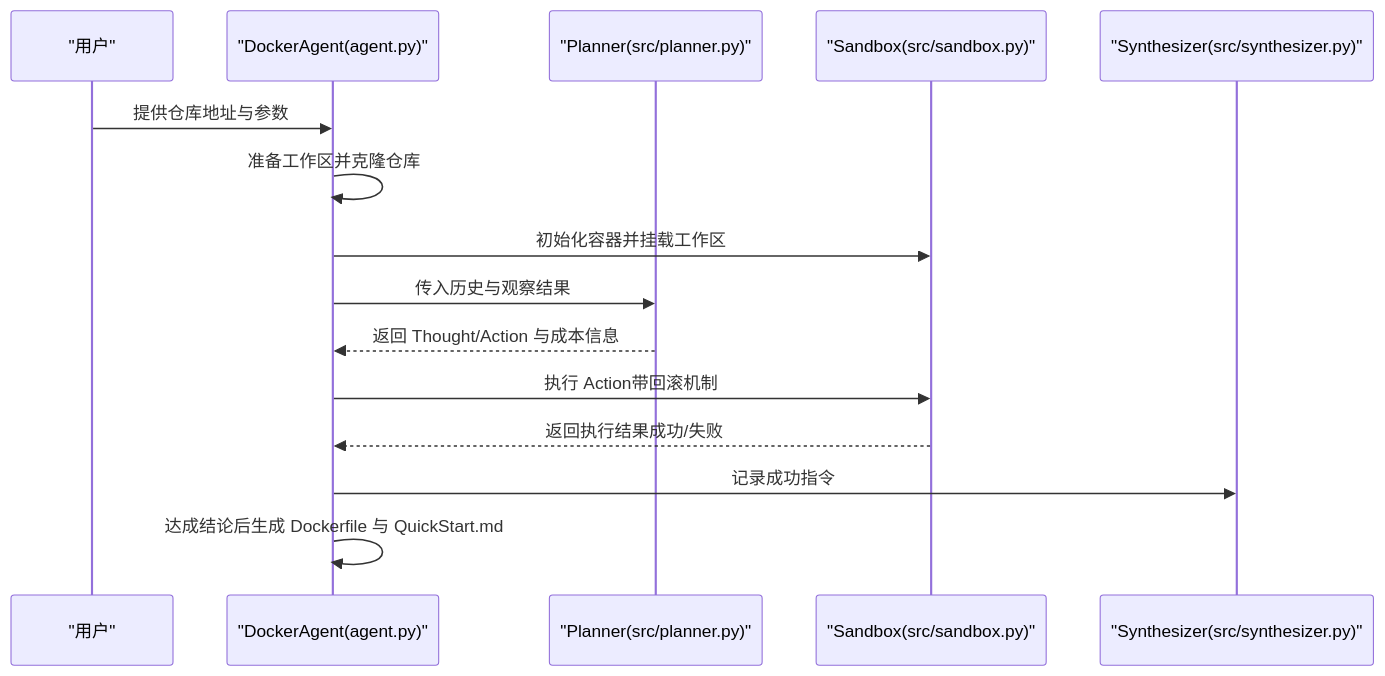
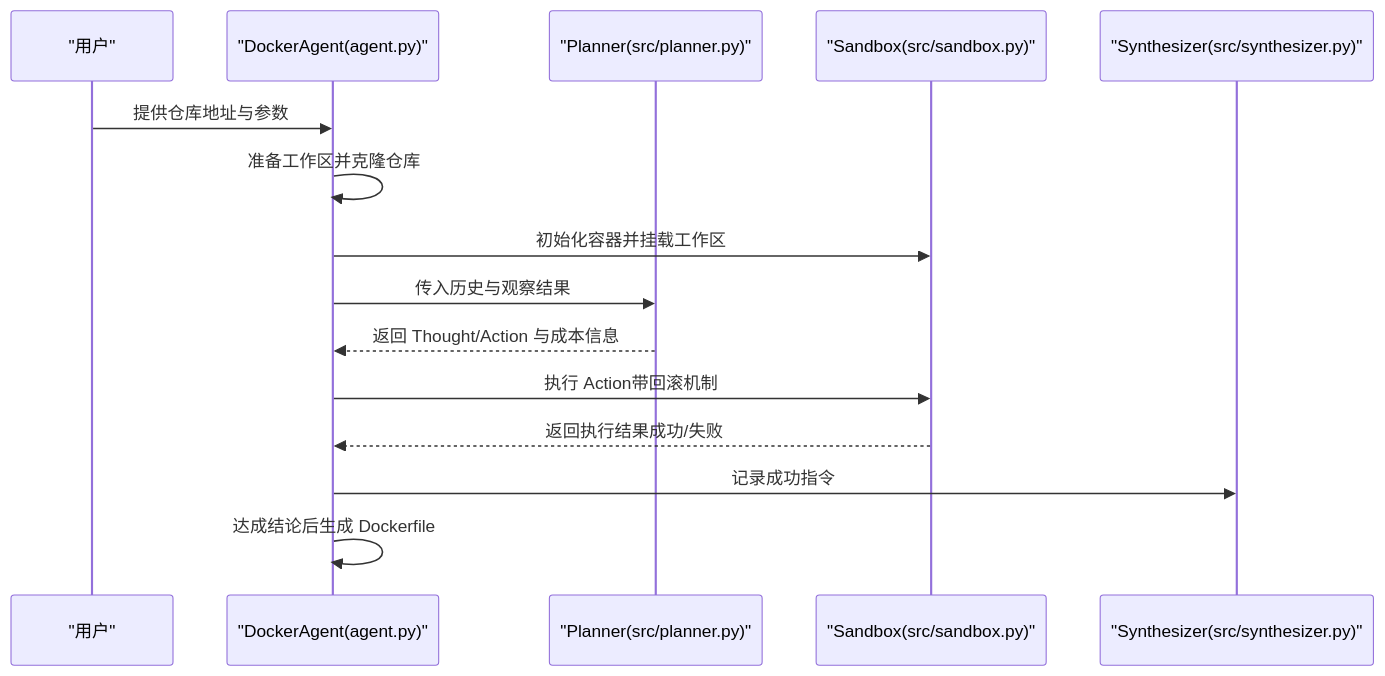
One commit to Jayint/Jayint-repo changed the second of 7 diagrams in .qoder/repowiki/zh/content/快速开始.md. Above: the diagram before and after it, drawn with Mermaid. The commit also changed other lines of this file and 398 other files, not shown here.

````diff
--- a/.qoder/repowiki/zh/content/快速开始.md
+++ b/.qoder/repowiki/zh/content/快速开始.md
@@ -100,17 +102,17 @@
 ```mermaid
 sequenceDiagram
 participant U as "用户"
 participant A as "DockerAgent(agent.py)"
 participant P as "Planner(src/planner.py)"
 participant S as "Sandbox(src/sandbox.py)"
 participant SY as "Synthesizer(src/synthesizer.py)"
 U->>A : 提供仓库地址与参数
 A->>A : 准备工作区并克隆仓库
 A->>S : 初始化容器并挂载工作区
 A->>P : 传入历史与观察结果
 P-->>A : 返回 Thought/Action 与成本信息
 A->>S : 执行 Action带回滚机制
 S-->>A : 返回执行结果成功/失败
 A->>SY : 记录成功指令
-A->>A : 达成结论后生成 Dockerfile 与 QuickStart.md
+A->>A : 达成结论后生成 Dockerfile
 ```
````
